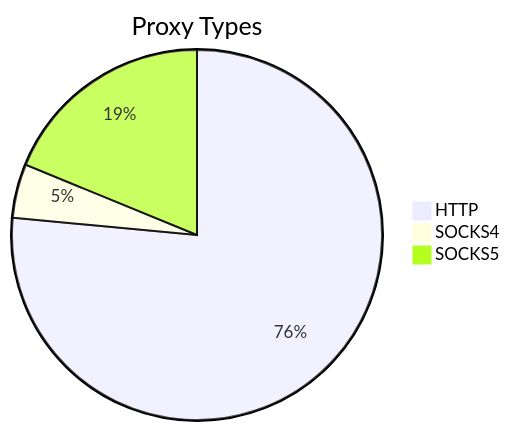
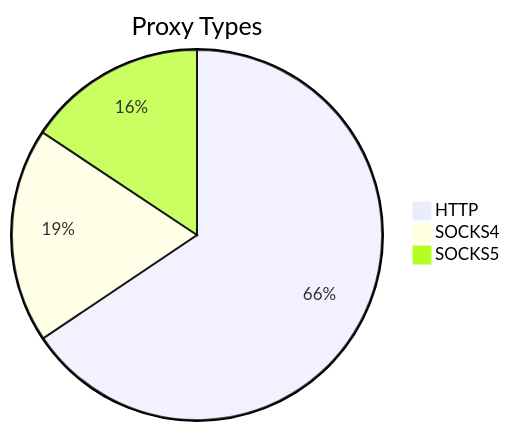
One commit to stormsia/proxy-list changed the first of 2 diagrams in README.md. Above: the diagram before and after it, drawn with Mermaid. The commit also changed other lines of this file, not shown here.

````diff
--- a/README.md
+++ b/README.md
@@ -21,6 +21,6 @@
 ```mermaid
 pie title Proxy Types
-    "HTTP" : 179
-    "SOCKS4" : 11
-    "SOCKS5" : 44
+    "HTTP" : 423
+    "SOCKS4" : 121
+    "SOCKS5" : 101
 ```
````
